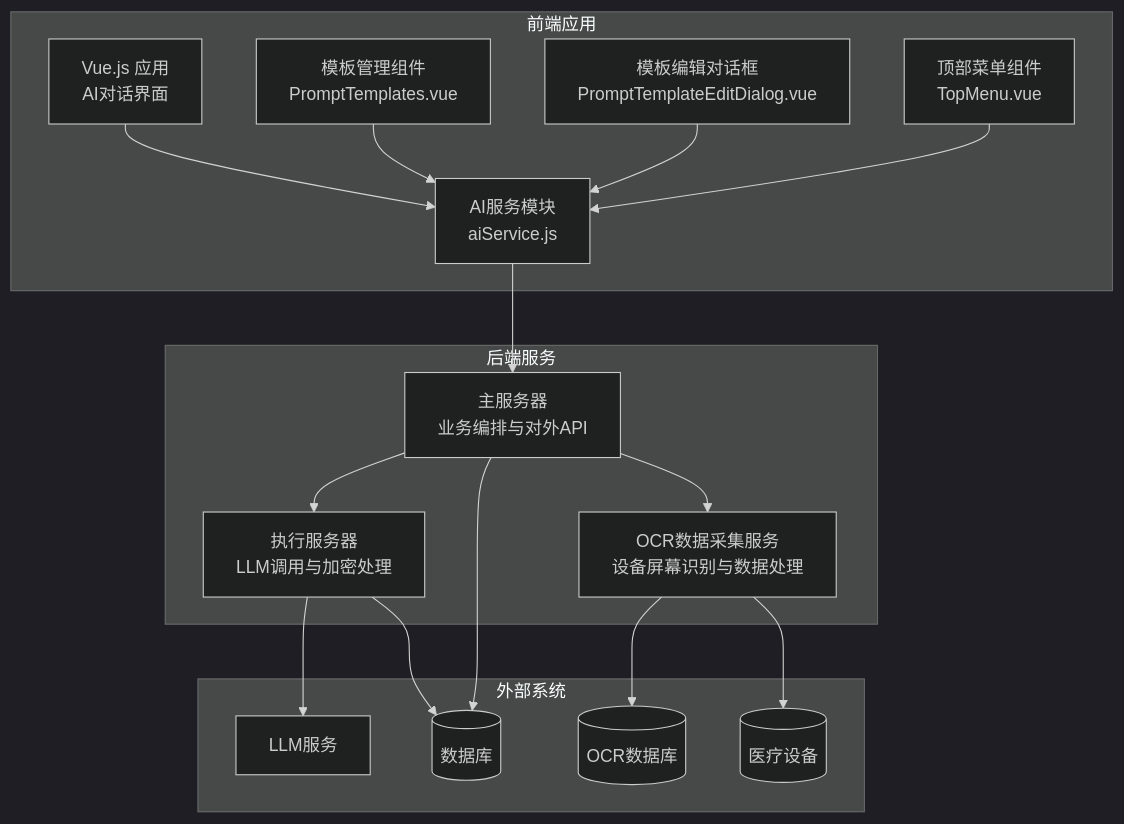
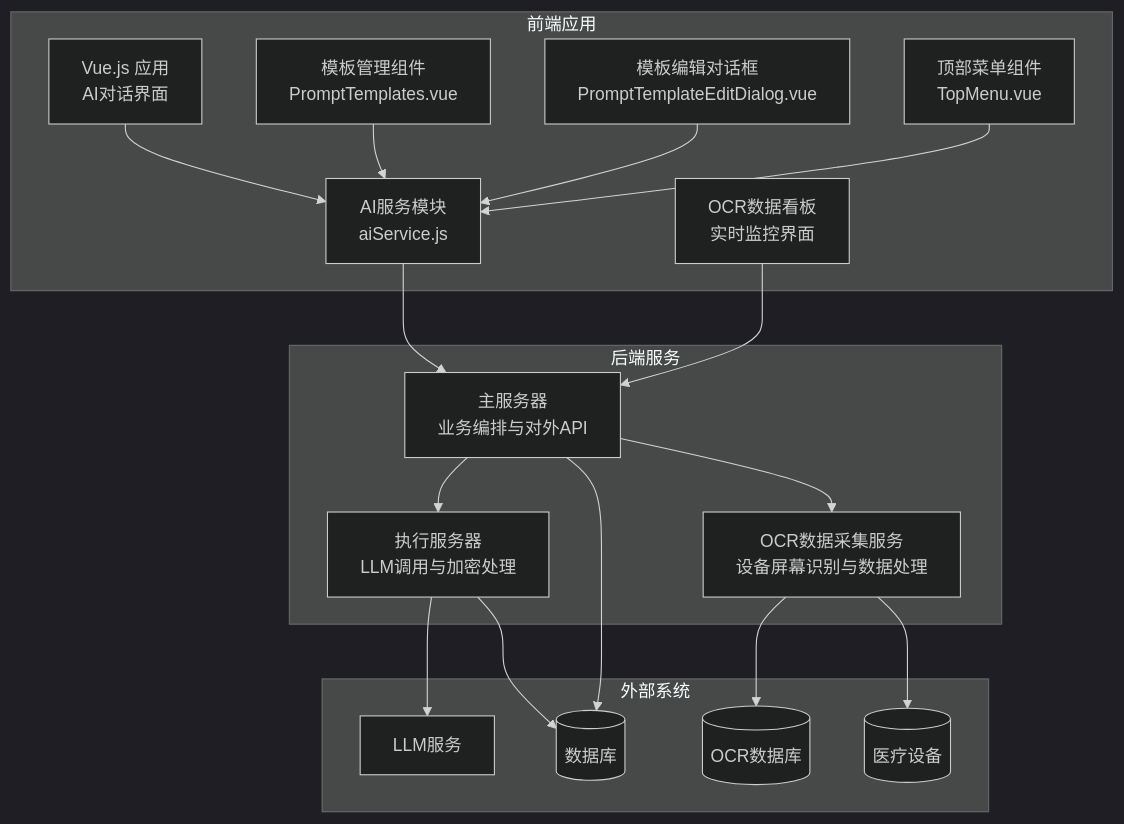
The first of 10 diagrams in .qoder/repowiki/zh/content/核心功能模块/AI诊断辅助系统.md (liuzh2008/med_ai_assistant_workspace), drawn with Mermaid (dark theme) before and after one commit. The commit also changed other lines of this file and 4 other files, not shown here.

````diff
--- a/.qoder/repowiki/zh/content/核心功能模块/AI诊断辅助系统.md
+++ b/.qoder/repowiki/zh/content/核心功能模块/AI诊断辅助系统.md
@@ -61,33 +64,35 @@
 ```mermaid
 graph TB
 subgraph "后端服务"
 Main["主服务器<br/>业务编排与对外API"]
 Exec["执行服务器<br/>LLM调用与加密处理"]
 OCRAPI["OCR数据采集服务<br/>设备屏幕识别与数据处理"]
 end
 subgraph "前端应用"
 VueApp["Vue.js 应用<br/>AI对话界面"]
 AIService["AI服务模块<br/>aiService.js"]
 PromptTemplates["模板管理组件<br/>PromptTemplates.vue"]
 PromptEditor["模板编辑对话框<br/>PromptTemplateEditDialog.vue"]
 TopMenu["顶部菜单组件<br/>TopMenu.vue"]
+OCRDash["OCR数据看板<br/>实时监控界面"]
 end
 subgraph "外部系统"
 LLM["LLM服务"]
 DB[("数据库")]
 OCRDB[("OCR数据库")]
 EndDevice[("医疗设备")]
 end
 VueApp --> AIService
 AIService --> Main
 Main --> Exec
 Exec --> LLM
 Main --> DB
 Exec --> DB
 PromptTemplates --> AIService
 PromptEditor --> AIService
 TopMenu --> AIService
 OCRAPI --> OCRDB
 OCRAPI --> EndDevice
 Main --> OCRAPI
+OCRDash --> Main
 ```
````
